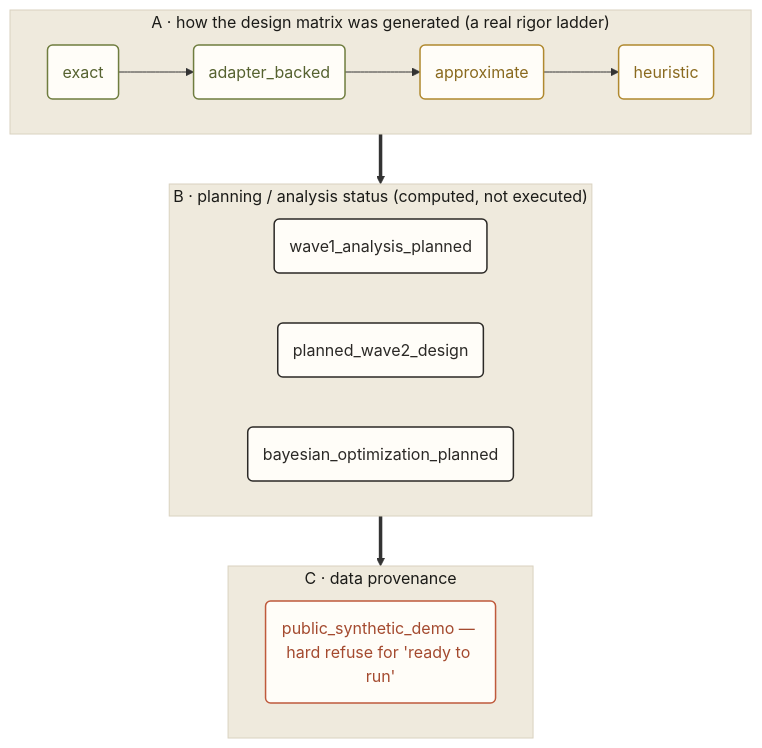
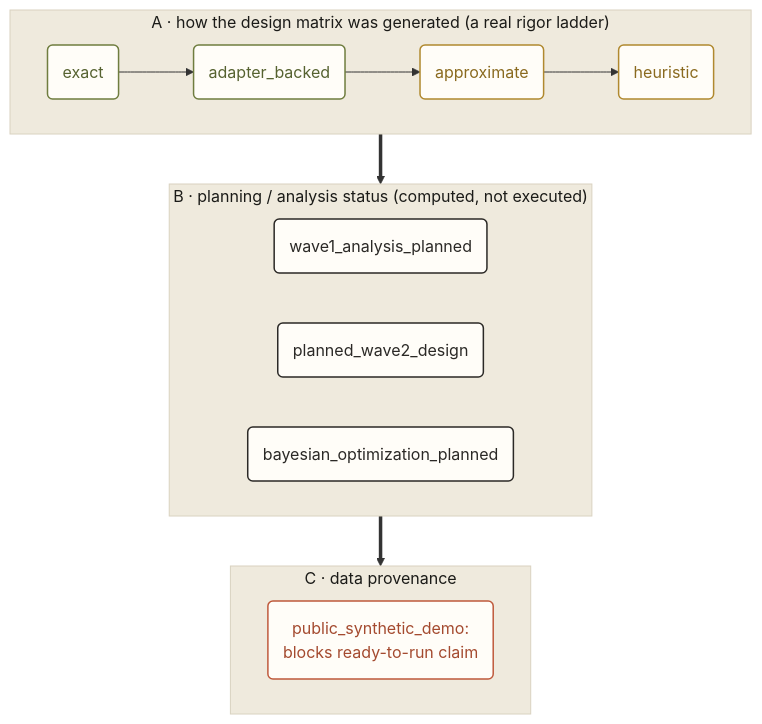
One commit to BioSymphony/ferm-doe changed the eighth of 14 diagrams in README.md. Above: the diagram before and after it, drawn with Mermaid. The commit also changed other lines of this file, not shown here.

Commit message:
Tighten README public wording

````diff
--- a/README.md
+++ b/README.md
@@ -338,25 +338,25 @@
 ```mermaid
 flowchart TB
   subgraph GEN["A · how the design matrix was generated  (a real rigor ladder)"]
     direction LR
     g1("exact"):::go --> g2("adapter_backed"):::go --> g3("approximate"):::gate --> g4("heuristic"):::gate
   end
   subgraph STAT["B · planning / analysis status  (computed, not executed)"]
     direction LR
     s1("wave1_analysis_planned"):::proc
     s2("planned_wave2_design"):::proc
     s3("bayesian_optimization_planned"):::proc
   end
   subgraph PROV["C · data provenance"]
     direction LR
-    p1("public_synthetic_demo — hard refuse for 'ready to run'"):::block
+    p1("public_synthetic_demo:<br/>blocks ready-to-run claim"):::block
   end
   GEN ==> STAT ==> PROV
   style GEN fill:#efeadd,stroke:#d9d2c0,color:#1b1b18;
   style STAT fill:#efeadd,stroke:#d9d2c0,color:#1b1b18;
   style PROV fill:#efeadd,stroke:#d9d2c0,color:#1b1b18;
   classDef proc fill:#fffdf8,stroke:#2b2926,color:#2b2926,stroke-width:1.5px;
   classDef gate fill:#fffdf8,stroke:#b0892f,color:#8a6a1f,stroke-width:1.5px;
   classDef go fill:#fffdf8,stroke:#6f7d3f,color:#566230,stroke-width:1.5px;
   classDef block fill:#fffdf8,stroke:#bf5a3c,color:#a44a2f,stroke-width:1.5px;
 ```
````
